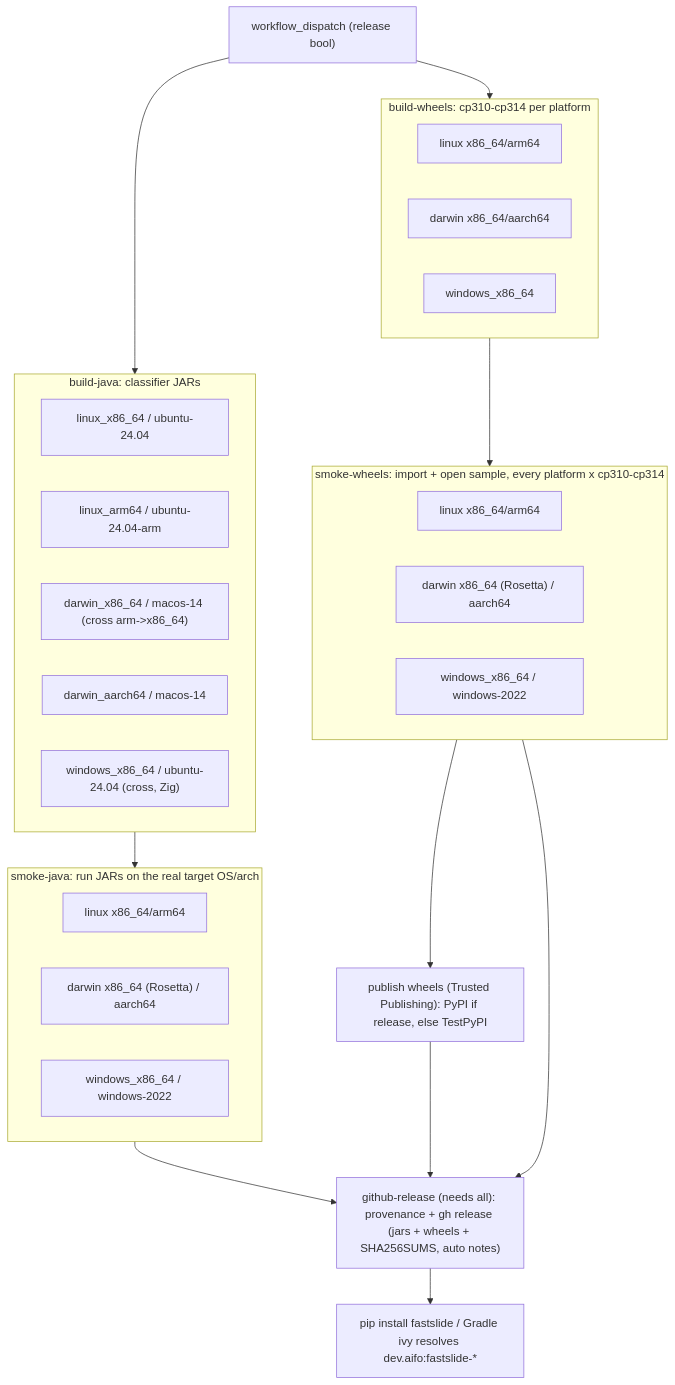
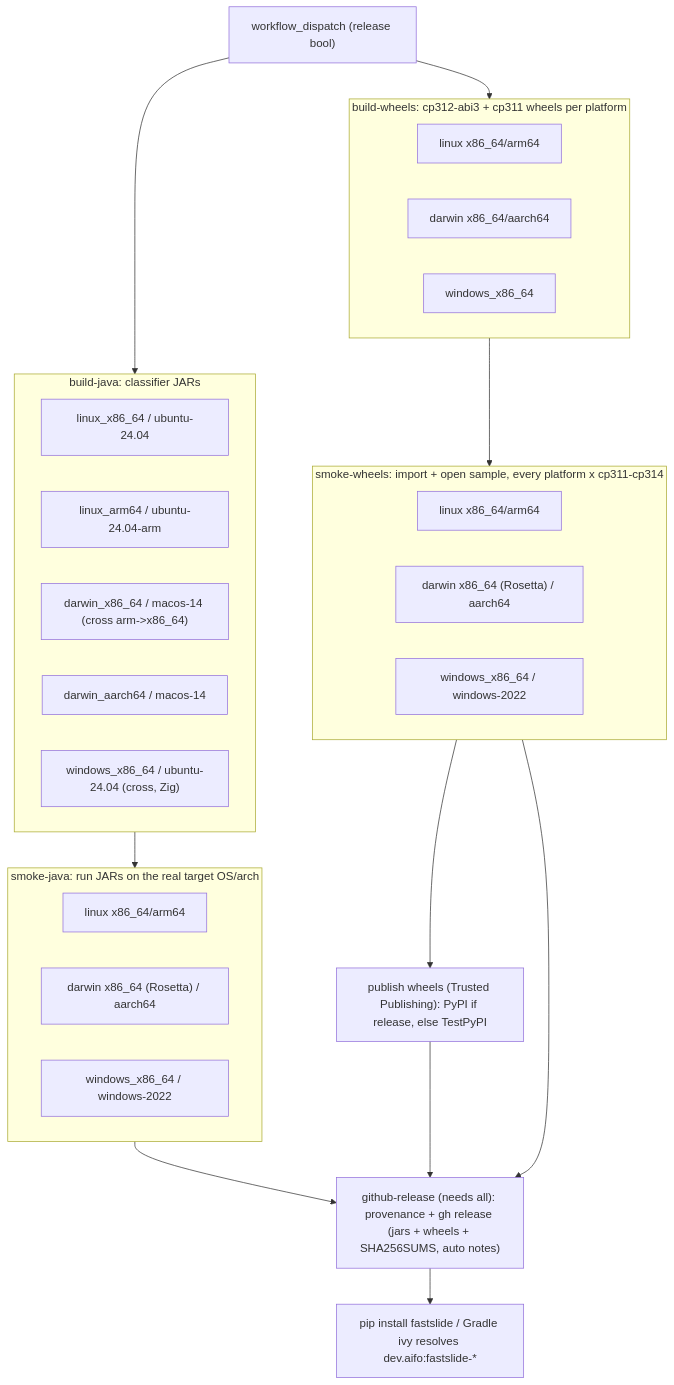
Before and after one commit to NKI-AI/fastslide: the diagram in docs/source/guides/packages_and_releases.rst, drawn with Mermaid. The commit also changed other lines of this file and 21 other files, not shown here.

```diff
--- a/docs/source/guides/packages_and_releases.rst
+++ b/docs/source/guides/packages_and_releases.rst
@@ -167,33 +170,33 @@
 .. mermaid::
 
    flowchart TB
        dispatch["workflow_dispatch (release bool)"] --> bj & bw
        subgraph bj [build-java: classifier JARs]
            blx["linux_x86_64 / ubuntu-24.04"]
            bla["linux_arm64 / ubuntu-24.04-arm"]
            bmx["darwin_x86_64 / macos-14 (cross arm->x86_64)"]
            bma["darwin_aarch64 / macos-14"]
            bwx["windows_x86_64 / ubuntu-24.04 (cross, Zig)"]
        end
        subgraph sj [smoke-java: run JARs on the real target OS/arch]
            slx["linux x86_64/arm64"]
            smx["darwin x86_64 (Rosetta) / aarch64"]
            swx["windows_x86_64 / windows-2022"]
        end
-       subgraph bw [build-wheels: cp310-cp314 per platform]
+       subgraph bw [build-wheels: cp312-abi3 + cp311 wheels per platform]
            wl["linux x86_64/arm64"]
            wm["darwin x86_64/aarch64"]
            ww["windows_x86_64"]
        end
-       subgraph sw [smoke-wheels: import + open sample, every platform x cp310-cp314]
+       subgraph sw [smoke-wheels: import + open sample, every platform x cp311-cp314]
            swl["linux x86_64/arm64"]
            swm["darwin x86_64 (Rosetta) / aarch64"]
            sww["windows_x86_64 / windows-2022"]
        end
        bj --> sj
        bw --> sw
        sw --> pypi["publish wheels (Trusted Publishing): PyPI if release, else TestPyPI"]
        sj --> rel
        sw --> rel
        pypi --> rel["github-release (needs all): provenance + gh release (jars + wheels + SHA256SUMS, auto notes)"]
        rel --> consumers["pip install fastslide / Gradle ivy resolves dev.aifo:fastslide-*"]
```
